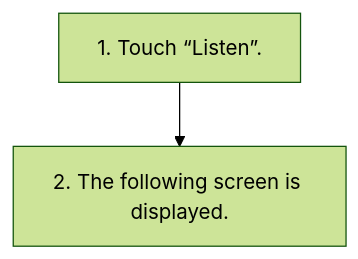
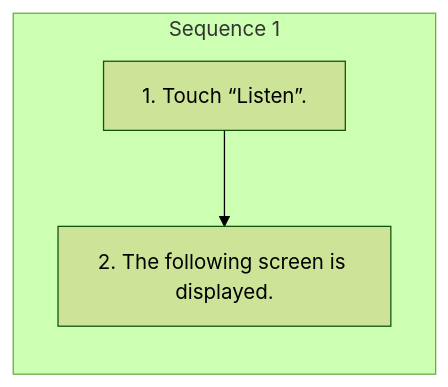
The diagram in workspace/subaru/outback-2026/ivi/published/phone/16-receiving-a-message.md (Chieko-Y/my-spec-generator), drawn with Mermaid (forest theme) before and after one commit. The commit also changed other lines of this file and 268 other files, not shown here.

````diff
--- a/workspace/subaru/outback-2026/ivi/published/phone/16-receiving-a-message.md
+++ b/workspace/subaru/outback-2026/ivi/published/phone/16-receiving-a-message.md
@@ -17,6 +17,9 @@
 ```mermaid
 flowchart TD
-    S1["1. Touch “Listen”."]
-    S2["2. The following screen is displayed."]
-    S1 --> S2
+    subgraph SEQ1["Sequence 1"]
+    direction TB
+    S1_1["1. Touch “Listen”."]
+    S1_2["2. The following screen is displayed."]
+    S1_1 --> S1_2
+    end
 ```
````
